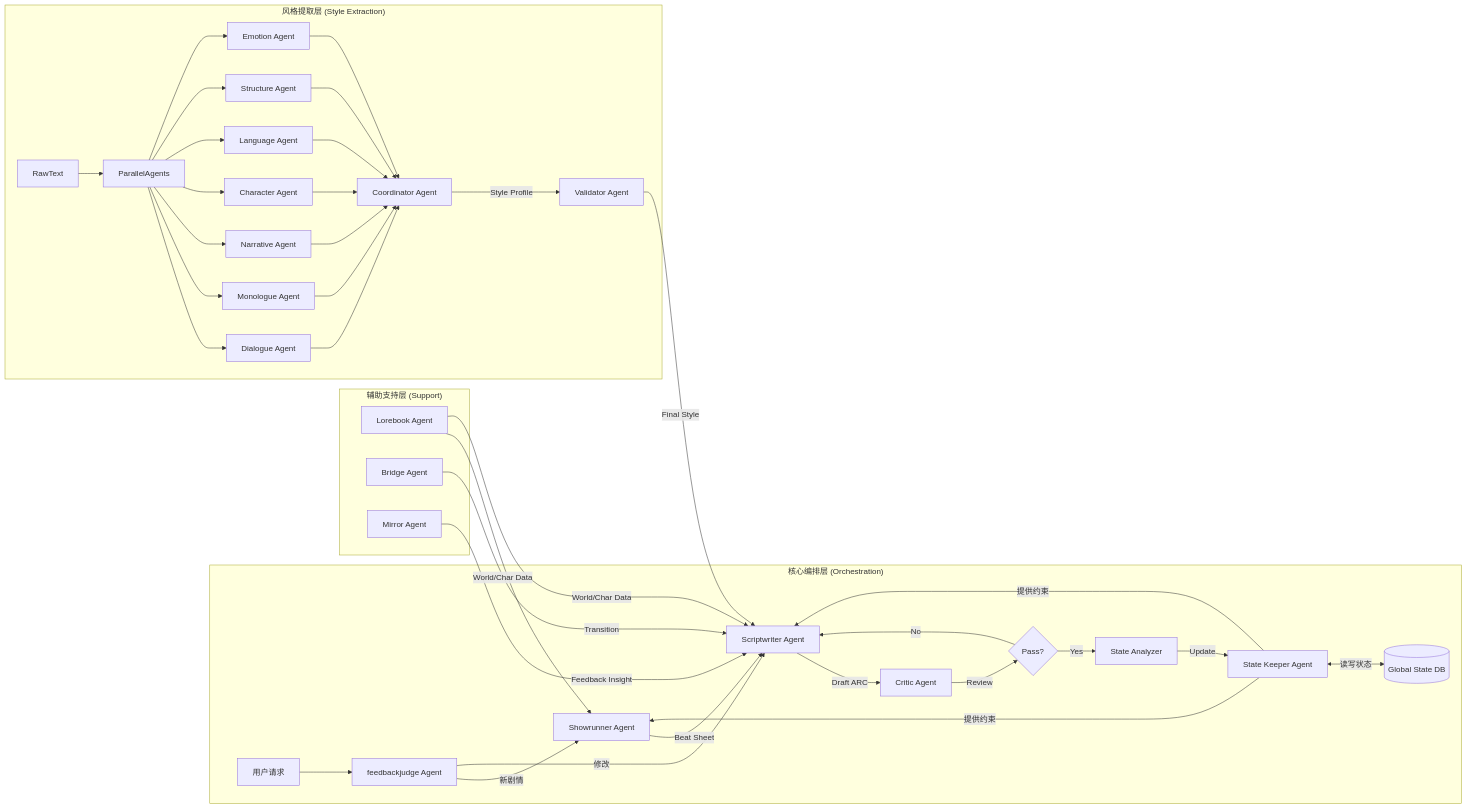
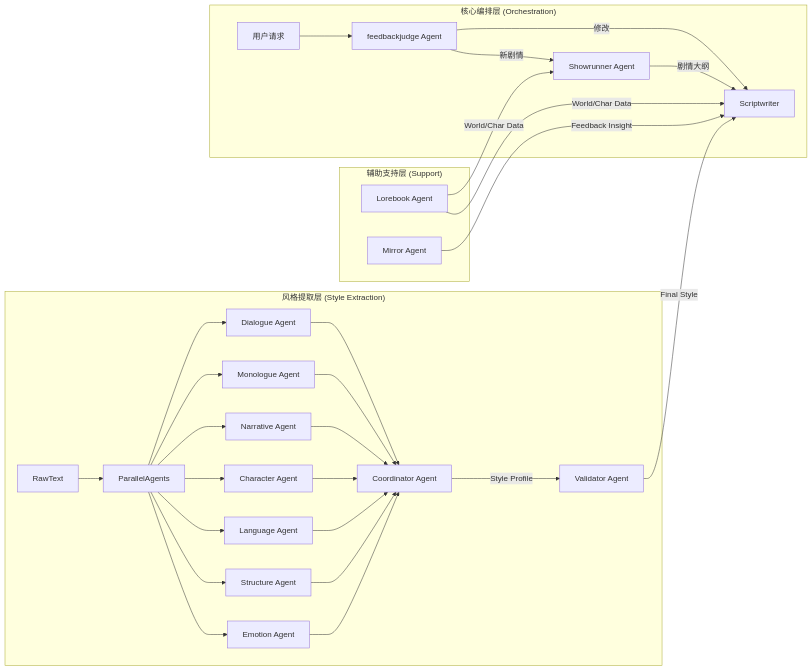
One commit to 1deaaa/spark-arc-studio changed the second of 2 diagrams in PROJECT_ANALYSIS_REPORT.md. Above: the diagram before and after it, drawn with Mermaid. The commit also changed other lines of this file and 27 other files, not shown here.

````diff
--- a/PROJECT_ANALYSIS_REPORT.md
+++ b/PROJECT_ANALYSIS_REPORT.md
@@ -78,46 +78,33 @@
 ```mermaid
 flowchart LR
     subgraph "核心编排层 (Orchestration)"
         UserRequest[用户请求] --> feedbackjudge
         
         feedbackjudge[feedbackjudge Agent] -->|新剧情| Showrunner
         feedbackjudge -->|修改| Scriptwriter
-        
-        StateKeeper[State Keeper Agent] <-->|读写状态| DB[(Global State DB)]
-        StateKeeper -->|提供约束| Showrunner & Scriptwriter
-        
-        Showrunner[Showrunner Agent] -->|Beat Sheet| Scriptwriter
-        
-        Scriptwriter[Scriptwriter Agent] -->|Draft ARC| Critic
-        
-        Critic[Critic Agent] -->|Review| Decision{Pass?}
-        Decision -->|No| Scriptwriter
-        Decision -->|Yes| StateAnalyzer[State Analyzer]
-        
-        StateAnalyzer -->|Update| StateKeeper
+
+        Showrunner[Showrunner Agent] -->|剧情大纲| Scriptwriter
     end
 
     subgraph "辅助支持层 (Support)"
         Lorebook[Lorebook Agent] -->|World/Char Data| Showrunner & Scriptwriter
-        
-        Bridge[Bridge Agent] -->|Transition| Scriptwriter
-        
+
         Mirror[Mirror Agent] -->|Feedback Insight| Scriptwriter
     end
 
     subgraph "风格提取层 (Style Extraction)"
         RawText --> ParallelAgents
         
         ParallelAgents --> Dialogue[Dialogue Agent]
         ParallelAgents --> Monologue[Monologue Agent]
         ParallelAgents --> Narrative[Narrative Agent]
         ParallelAgents --> Character[Character Agent]
         ParallelAgents --> Language[Language Agent]
         ParallelAgents --> Structure[Structure Agent]
         ParallelAgents --> Emotion[Emotion Agent]
         
         Dialogue & Monologue & Narrative & Character & Language & Structure & Emotion --> Coordinator[Coordinator Agent]
         Coordinator -->|Style Profile| Validator[Validator Agent]
         Validator -->|Final Style| Scriptwriter
     end
 ```
````
